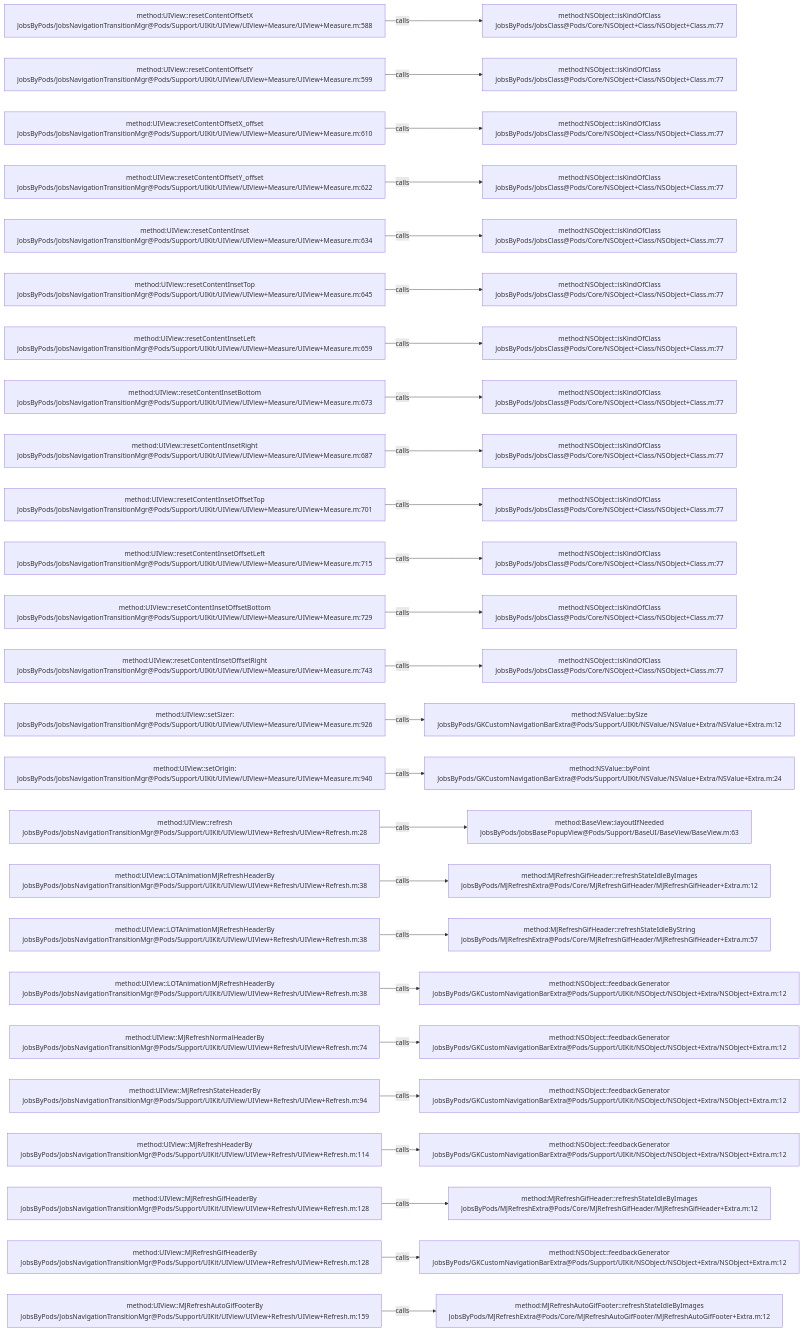
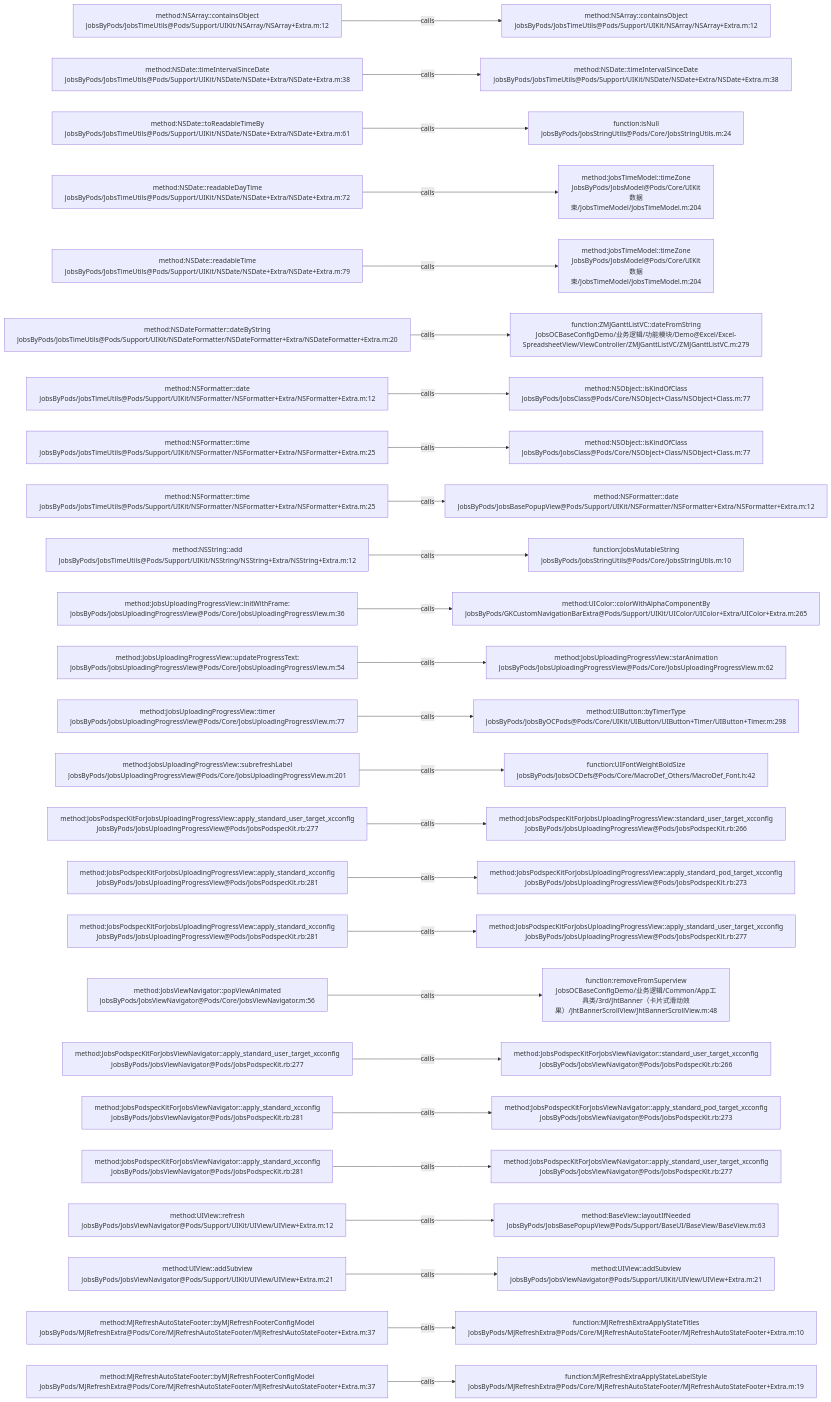
One commit to JobsKits/JobsOCBaseConfigDemo changed the diagram in .codegraph/codegraph.md/graphs/calls-174.md. Above: the diagram before and after it, drawn with Mermaid. The commit also changed 1026 other files, not shown here.

````diff
--- a/.codegraph/codegraph.md/graphs/calls-174.md
+++ b/.codegraph/codegraph.md/graphs/calls-174.md
@@ -13,78 +13,78 @@
 ```mermaid
 flowchart LR
-  S1["method:UIView::resetContentOffsetX<br/>JobsByPods/JobsNavigationTransitionMgr@Pods/Support/UIKit/UIView/UIView+Measure/UIView+Measure.m:588"]
-  T1["method:NSObject::isKindOfClass<br/>JobsByPods/JobsClass@Pods/Core/NSObject+Class/NSObject+Class.m:77"]
+  S1["method:NSArray::containsObject<br/>JobsByPods/JobsTimeUtils@Pods/Support/UIKit/NSArray/NSArray+Extra.m:12"]
+  T1["method:NSArray::containsObject<br/>JobsByPods/JobsTimeUtils@Pods/Support/UIKit/NSArray/NSArray+Extra.m:12"]
   S1 -->|calls| T1
-  S2["method:UIView::resetContentOffsetY<br/>JobsByPods/JobsNavigationTransitionMgr@Pods/Support/UIKit/UIView/UIView+Measure/UIView+Measure.m:599"]
-  T2["method:NSObject::isKindOfClass<br/>JobsByPods/JobsClass@Pods/Core/NSObject+Class/NSObject+Class.m:77"]
+  S2["method:NSDate::timeIntervalSinceDate<br/>JobsByPods/JobsTimeUtils@Pods/Support/UIKit/NSDate/NSDate+Extra/NSDate+Extra.m:38"]
+  T2["method:NSDate::timeIntervalSinceDate<br/>JobsByPods/JobsTimeUtils@Pods/Support/UIKit/NSDate/NSDate+Extra/NSDate+Extra.m:38"]
   S2 -->|calls| T2
-  S3["method:UIView::resetContentOffsetX_offset<br/>JobsByPods/JobsNavigationTransitionMgr@Pods/Support/UIKit/UIView/UIView+Measure/UIView+Measure.m:610"]
-  T3["method:NSObject::isKindOfClass<br/>JobsByPods/JobsClass@Pods/Core/NSObject+Class/NSObject+Class.m:77"]
+  S3["method:NSDate::toReadableTimeBy<br/>JobsByPods/JobsTimeUtils@Pods/Support/UIKit/NSDate/NSDate+Extra/NSDate+Extra.m:61"]
+  T3["function:isNull<br/>JobsByPods/JobsStringUtils@Pods/Core/JobsStringUtils.m:24"]
   S3 -->|calls| T3
-  S4["method:UIView::resetContentOffsetY_offset<br/>JobsByPods/JobsNavigationTransitionMgr@Pods/Support/UIKit/UIView/UIView+Measure/UIView+Measure.m:622"]
-  T4["method:NSObject::isKindOfClass<br/>JobsByPods/JobsClass@Pods/Core/NSObject+Class/NSObject+Class.m:77"]
+  S4["method:NSDate::readableDayTime<br/>JobsByPods/JobsTimeUtils@Pods/Support/UIKit/NSDate/NSDate+Extra/NSDate+Extra.m:72"]
+  T4["method:JobsTimeModel::timeZone<br/>JobsByPods/JobsModel@Pods/Core/UIKit数据束/JobsTimeModel/JobsTimeModel.m:204"]
   S4 -->|calls| T4
-  S5["method:UIView::resetContentInset<br/>JobsByPods/JobsNavigationTransitionMgr@Pods/Support/UIKit/UIView/UIView+Measure/UIView+Measure.m:634"]
-  T5["method:NSObject::isKindOfClass<br/>JobsByPods/JobsClass@Pods/Core/NSObject+Class/NSObject+Class.m:77"]
+  S5["method:NSDate::readableTime<br/>JobsByPods/JobsTimeUtils@Pods/Support/UIKit/NSDate/NSDate+Extra/NSDate+Extra.m:79"]
+  T5["method:JobsTimeModel::timeZone<br/>JobsByPods/JobsModel@Pods/Core/UIKit数据束/JobsTimeModel/JobsTimeModel.m:204"]
   S5 -->|calls| T5
-  S6["method:UIView::resetContentInsetTop<br/>JobsByPods/JobsNavigationTransitionMgr@Pods/Support/UIKit/UIView/UIView+Measure/UIView+Measure.m:645"]
-  T6["method:NSObject::isKindOfClass<br/>JobsByPods/JobsClass@Pods/Core/NSObject+Class/NSObject+Class.m:77"]
+  S6["method:NSDateFormatter::dateByString<br/>JobsByPods/JobsTimeUtils@Pods/Support/UIKit/NSDateFormatter/NSDateFormatter+Extra/NSDateFormatter+Extra.m:20"]
+  T6["function:ZMJGanttListVC::dateFromString<br/>JobsOCBaseConfigDemo/业务逻辑/功能模块/Demo@Excel/Excel-SpreadsheetView/ViewController/ZMJGanttListVC/ZMJGanttListVC.m:279"]
   S6 -->|calls| T6
-  S7["method:UIView::resetContentInsetLeft<br/>JobsByPods/JobsNavigationTransitionMgr@Pods/Support/UIKit/UIView/UIView+Measure/UIView+Measure.m:659"]
+  S7["method:NSFormatter::date<br/>JobsByPods/JobsTimeUtils@Pods/Support/UIKit/NSFormatter/NSFormatter+Extra/NSFormatter+Extra.m:12"]
   T7["method:NSObject::isKindOfClass<br/>JobsByPods/JobsClass@Pods/Core/NSObject+Class/NSObject+Class.m:77"]
   S7 -->|calls| T7
-  S8["method:UIView::resetContentInsetBottom<br/>JobsByPods/JobsNavigationTransitionMgr@Pods/Support/UIKit/UIView/UIView+Measure/UIView+Measure.m:673"]
+  S8["method:NSFormatter::time<br/>JobsByPods/JobsTimeUtils@Pods/Support/UIKit/NSFormatter/NSFormatter+Extra/NSFormatter+Extra.m:25"]
   T8["method:NSObject::isKindOfClass<br/>JobsByPods/JobsClass@Pods/Core/NSObject+Class/NSObject+Class.m:77"]
   S8 -->|calls| T8
-  S9["method:UIView::resetContentInsetRight<br/>JobsByPods/JobsNavigationTransitionMgr@Pods/Support/UIKit/UIView/UIView+Measure/UIView+Measure.m:687"]
-  T9["method:NSObject::isKindOfClass<br/>JobsByPods/JobsClass@Pods/Core/NSObject+Class/NSObject+Class.m:77"]
+  S9["method:NSFormatter::time<br/>JobsByPods/JobsTimeUtils@Pods/Support/UIKit/NSFormatter/NSFormatter+Extra/NSFormatter+Extra.m:25"]
+  T9["method:NSFormatter::date<br/>JobsByPods/JobsBasePopupView@Pods/Support/UIKit/NSFormatter/NSFormatter+Extra/NSFormatter+Extra.m:12"]
   S9 -->|calls| T9
-  S10["method:UIView::resetContentInsetOffsetTop<br/>JobsByPods/JobsNavigationTransitionMgr@Pods/Support/UIKit/UIView/UIView+Measure/UIView+Measure.m:701"]
-  T10["method:NSObject::isKindOfClass<br/>JobsByPods/JobsClass@Pods/Core/NSObject+Class/NSObject+Class.m:77"]
+  S10["method:NSString::add<br/>JobsByPods/JobsTimeUtils@Pods/Support/UIKit/NSString/NSString+Extra/NSString+Extra.m:12"]
+  T10["function:JobsMutableString<br/>JobsByPods/JobsStringUtils@Pods/Core/JobsStringUtils.m:10"]
   S10 -->|calls| T10
-  S11["method:UIView::resetContentInsetOffsetLeft<br/>JobsByPods/JobsNavigationTransitionMgr@Pods/Support/UIKit/UIView/UIView+Measure/UIView+Measure.m:715"]
-  T11["method:NSObject::isKindOfClass<br/>JobsByPods/JobsClass@Pods/Core/NSObject+Class/NSObject+Class.m:77"]
+  S11["method:JobsUploadingProgressView::initWithFrame:<br/>JobsByPods/JobsUploadingProgressView@Pods/Core/JobsUploadingProgressView.m:36"]
+  T11["method:UIColor::colorWithAlphaComponentBy<br/>JobsByPods/GKCustomNavigationBarExtra@Pods/Support/UIKit/UIColor/UIColor+Extra/UIColor+Extra.m:265"]
   S11 -->|calls| T11
-  S12["method:UIView::resetContentInsetOffsetBottom<br/>JobsByPods/JobsNavigationTransitionMgr@Pods/Support/UIKit/UIView/UIView+Measure/UIView+Measure.m:729"]
-  T12["method:NSObject::isKindOfClass<br/>JobsByPods/JobsClass@Pods/Core/NSObject+Class/NSObject+Class.m:77"]
+  S12["method:JobsUploadingProgressView::updateProgressText:<br/>JobsByPods/JobsUploadingProgressView@Pods/Core/JobsUploadingProgressView.m:54"]
+  T12["method:JobsUploadingProgressView::starAnimation<br/>JobsByPods/JobsUploadingProgressView@Pods/Core/JobsUploadingProgressView.m:62"]
   S12 -->|calls| T12
-  S13["method:UIView::resetContentInsetOffsetRight<br/>JobsByPods/JobsNavigationTransitionMgr@Pods/Support/UIKit/UIView/UIView+Measure/UIView+Measure.m:743"]
-  T13["method:NSObject::isKindOfClass<br/>JobsByPods/JobsClass@Pods/Core/NSObject+Class/NSObject+Class.m:77"]
+  S13["method:JobsUploadingProgressView::timer<br/>JobsByPods/JobsUploadingProgressView@Pods/Core/JobsUploadingProgressView.m:77"]
+  T13["method:UIButton::byTimerType<br/>JobsByPods/JobsByOCPods@Pods/Core/UIKit/UIButton/UIButton+Timer/UIButton+Timer.m:298"]
   S13 -->|calls| T13
-  S14["method:UIView::setSizer:<br/>JobsByPods/JobsNavigationTransitionMgr@Pods/Support/UIKit/UIView/UIView+Measure/UIView+Measure.m:926"]
-  T14["method:NSValue::bySize<br/>JobsByPods/GKCustomNavigationBarExtra@Pods/Support/UIKit/NSValue/NSValue+Extra/NSValue+Extra.m:12"]
+  S14["method:JobsUploadingProgressView::subrefreshLabel<br/>JobsByPods/JobsUploadingProgressView@Pods/Core/JobsUploadingProgressView.m:201"]
+  T14["function:UIFontWeightBoldSize<br/>JobsByPods/JobsOCDefs@Pods/Core/MacroDef_Others/MacroDef_Font.h:42"]
   S14 -->|calls| T14
-  S15["method:UIView::setOrigin:<br/>JobsByPods/JobsNavigationTransitionMgr@Pods/Support/UIKit/UIView/UIView+Measure/UIView+Measure.m:940"]
-  T15["method:NSValue::byPoint<br/>JobsByPods/GKCustomNavigationBarExtra@Pods/Support/UIKit/NSValue/NSValue+Extra/NSValue+Extra.m:24"]
+  S15["method:JobsPodspecKitForJobsUploadingProgressView::apply_standard_user_target_xcconfig<br/>JobsByPods/JobsUploadingProgressView@Pods/JobsPodspecKit.rb:277"]
+  T15["method:JobsPodspecKitForJobsUploadingProgressView::standard_user_target_xcconfig<br/>JobsByPods/JobsUploadingProgressView@Pods/JobsPodspecKit.rb:266"]
   S15 -->|calls| T15
-  S16["method:UIView::refresh<br/>JobsByPods/JobsNavigationTransitionMgr@Pods/Support/UIKit/UIView/UIView+Refresh/UIView+Refresh.m:28"]
-  T16["method:BaseView::layoutIfNeeded<br/>JobsByPods/JobsBasePopupView@Pods/Support/BaseUI/BaseView/BaseView.m:63"]
+  S16["method:JobsPodspecKitForJobsUploadingProgressView::apply_standard_xcconfig<br/>JobsByPods/JobsUploadingProgressView@Pods/JobsPodspecKit.rb:281"]
+  T16["method:JobsPodspecKitForJobsUploadingProgressView::apply_standard_pod_target_xcconfig<br/>JobsByPods/JobsUploadingProgressView@Pods/JobsPodspecKit.rb:273"]
   S16 -->|calls| T16
-  S17["method:UIView::LOTAnimationMJRefreshHeaderBy<br/>JobsByPods/JobsNavigationTransitionMgr@Pods/Support/UIKit/UIView/UIView+Refresh/UIView+Refresh.m:38"]
-  T17["method:MJRefreshGifHeader::refreshStateIdleByImages<br/>JobsByPods/MJRefreshExtra@Pods/Core/MJRefreshGifHeader/MJRefreshGifHeader+Extra.m:12"]
+  S17["method:JobsPodspecKitForJobsUploadingProgressView::apply_standard_xcconfig<br/>JobsByPods/JobsUploadingProgressView@Pods/JobsPodspecKit.rb:281"]
+  T17["method:JobsPodspecKitForJobsUploadingProgressView::apply_standard_user_target_xcconfig<br/>JobsByPods/JobsUploadingProgressView@Pods/JobsPodspecKit.rb:277"]
   S17 -->|calls| T17
-  S18["method:UIView::LOTAnimationMJRefreshHeaderBy<br/>JobsByPods/JobsNavigationTransitionMgr@Pods/Support/UIKit/UIView/UIView+Refresh/UIView+Refresh.m:38"]
-  T18["method:MJRefreshGifHeader::refreshStateIdleByString<br/>JobsByPods/MJRefreshExtra@Pods/Core/MJRefreshGifHeader/MJRefreshGifHeader+Extra.m:57"]
+  S18["method:JobsViewNavigator::popViewAnimated<br/>JobsByPods/JobsViewNavigator@Pods/Core/JobsViewNavigator.m:56"]
+  T18["function:removeFromSuperview<br/>JobsOCBaseConfigDemo/业务逻辑/Common/App工具类/3rd/JhtBanner（卡片式滑动效果）/JhtBannerScrollView/JhtBannerScrollView.m:48"]
   S18 -->|calls| T18
-  S19["method:UIView::LOTAnimationMJRefreshHeaderBy<br/>JobsByPods/JobsNavigationTransitionMgr@Pods/Support/UIKit/UIView/UIView+Refresh/UIView+Refresh.m:38"]
-  T19["method:NSObject::feedbackGenerator<br/>JobsByPods/GKCustomNavigationBarExtra@Pods/Support/UIKit/NSObject/NSObject+Extra/NSObject+Extra.m:12"]
+  S19["method:JobsPodspecKitForJobsViewNavigator::apply_standard_user_target_xcconfig<br/>JobsByPods/JobsViewNavigator@Pods/JobsPodspecKit.rb:277"]
+  T19["method:JobsPodspecKitForJobsViewNavigator::standard_user_target_xcconfig<br/>JobsByPods/JobsViewNavigator@Pods/JobsPodspecKit.rb:266"]
   S19 -->|calls| T19
-  S20["method:UIView::MJRefreshNormalHeaderBy<br/>JobsByPods/JobsNavigationTransitionMgr@Pods/Support/UIKit/UIView/UIView+Refresh/UIView+Refresh.m:74"]
-  T20["method:NSObject::feedbackGenerator<br/>JobsByPods/GKCustomNavigationBarExtra@Pods/Support/UIKit/NSObject/NSObject+Extra/NSObject+Extra.m:12"]
+  S20["method:JobsPodspecKitForJobsViewNavigator::apply_standard_xcconfig<br/>JobsByPods/JobsViewNavigator@Pods/JobsPodspecKit.rb:281"]
+  T20["method:JobsPodspecKitForJobsViewNavigator::apply_standard_pod_target_xcconfig<br/>JobsByPods/JobsViewNavigator@Pods/JobsPodspecKit.rb:273"]
   S20 -->|calls| T20
-  S21["method:UIView::MJRefreshStateHeaderBy<br/>JobsByPods/JobsNavigationTransitionMgr@Pods/Support/UIKit/UIView/UIView+Refresh/UIView+Refresh.m:94"]
-  T21["method:NSObject::feedbackGenerator<br/>JobsByPods/GKCustomNavigationBarExtra@Pods/Support/UIKit/NSObject/NSObject+Extra/NSObject+Extra.m:12"]
+  S21["method:JobsPodspecKitForJobsViewNavigator::apply_standard_xcconfig<br/>JobsByPods/JobsViewNavigator@Pods/JobsPodspecKit.rb:281"]
+  T21["method:JobsPodspecKitForJobsViewNavigator::apply_standard_user_target_xcconfig<br/>JobsByPods/JobsViewNavigator@Pods/JobsPodspecKit.rb:277"]
   S21 -->|calls| T21
-  S22["method:UIView::MJRefreshHeaderBy<br/>JobsByPods/JobsNavigationTransitionMgr@Pods/Support/UIKit/UIView/UIView+Refresh/UIView+Refresh.m:114"]
-  T22["method:NSObject::feedbackGenerator<br/>JobsByPods/GKCustomNavigationBarExtra@Pods/Support/UIKit/NSObject/NSObject+Extra/NSObject+Extra.m:12"]
+  S22["method:UIView::refresh<br/>JobsByPods/JobsViewNavigator@Pods/Support/UIKit/UIView/UIView+Extra.m:12"]
+  T22["method:BaseView::layoutIfNeeded<br/>JobsByPods/JobsBasePopupView@Pods/Support/BaseUI/BaseView/BaseView.m:63"]
   S22 -->|calls| T22
-  S23["method:UIView::MJRefreshGifHeaderBy<br/>JobsByPods/JobsNavigationTransitionMgr@Pods/Support/UIKit/UIView/UIView+Refresh/UIView+Refresh.m:128"]
-  T23["method:MJRefreshGifHeader::refreshStateIdleByImages<br/>JobsByPods/MJRefreshExtra@Pods/Core/MJRefreshGifHeader/MJRefreshGifHeader+Extra.m:12"]
+  S23["method:UIView::addSubview<br/>JobsByPods/JobsViewNavigator@Pods/Support/UIKit/UIView/UIView+Extra.m:21"]
+  T23["method:UIView::addSubview<br/>JobsByPods/JobsViewNavigator@Pods/Support/UIKit/UIView/UIView+Extra.m:21"]
   S23 -->|calls| T23
-  S24["method:UIView::MJRefreshGifHeaderBy<br/>JobsByPods/JobsNavigationTransitionMgr@Pods/Support/UIKit/UIView/UIView+Refresh/UIView+Refresh.m:128"]
-  T24["method:NSObject::feedbackGenerator<br/>JobsByPods/GKCustomNavigationBarExtra@Pods/Support/UIKit/NSObject/NSObject+Extra/NSObject+Extra.m:12"]
+  S24["method:MJRefreshAutoStateFooter::byMJRefreshFooterConfigModel<br/>JobsByPods/MJRefreshExtra@Pods/Core/MJRefreshAutoStateFooter/MJRefreshAutoStateFooter+Extra.m:37"]
+  T24["function:MJRefreshExtraApplyStateTitles<br/>JobsByPods/MJRefreshExtra@Pods/Core/MJRefreshAutoStateFooter/MJRefreshAutoStateFooter+Extra.m:10"]
   S24 -->|calls| T24
-  S25["method:UIView::MJRefreshAutoGifFooterBy<br/>JobsByPods/JobsNavigationTransitionMgr@Pods/Support/UIKit/UIView/UIView+Refresh/UIView+Refresh.m:159"]
-  T25["method:MJRefreshAutoGifFooter::refreshStateIdleByImages<br/>JobsByPods/MJRefreshExtra@Pods/Core/MJRefreshAutoGifFooter/MJRefreshAutoGifFooter+Extra.m:12"]
+  S25["method:MJRefreshAutoStateFooter::byMJRefreshFooterConfigModel<br/>JobsByPods/MJRefreshExtra@Pods/Core/MJRefreshAutoStateFooter/MJRefreshAutoStateFooter+Extra.m:37"]
+  T25["function:MJRefreshExtraApplyStateLabelStyle<br/>JobsByPods/MJRefreshExtra@Pods/Core/MJRefreshAutoStateFooter/MJRefreshAutoStateFooter+Extra.m:19"]
   S25 -->|calls| T25
 ```
````
